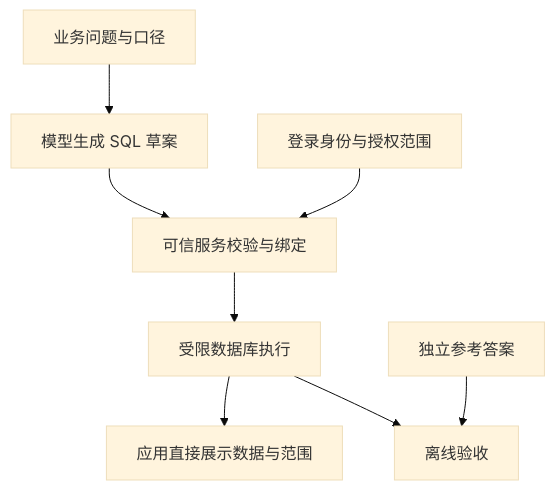
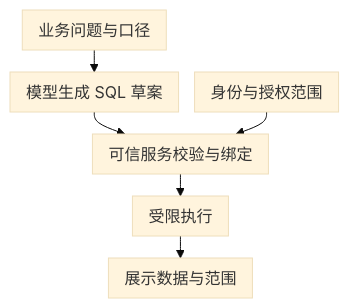
Before and after one commit to zongyangbigpolo/awesome-ai-roadmap: the first of 2 diagrams in docs/rag/07-structured-queries/22-text-to-sql.zh.md, drawn with Mermaid (base theme). The commit also changed other lines of this file and 320 other files, not shown here.

First line of the commit message:
Prepare compact bilingual diagrams and centralized references for Kindle RC2

````diff
--- a/docs/rag/07-structured-queries/22-text-to-sql.zh.md
+++ b/docs/rag/07-structured-queries/22-text-to-sql.zh.md
@@ -150,10 +150,9 @@
 ```mermaid
+%%{init: {"flowchart": {"nodeSpacing": 16, "rankSpacing": 22, "padding": 8, "wrappingWidth": 160}}}%%
 flowchart TD
     A[业务问题与口径] --> B[模型生成 SQL 草案]
     B --> C[可信服务校验与绑定]
-    I[登录身份与授权范围] --> C
-    C --> D[受限数据库执行]
-    D --> E[应用直接展示数据与范围]
-    F[独立参考答案] --> G[离线验收]
-    D --> G
+    I[身份与授权范围] --> C
+    C --> D[受限执行]
+    D --> E[展示数据与范围]
 ```
````
